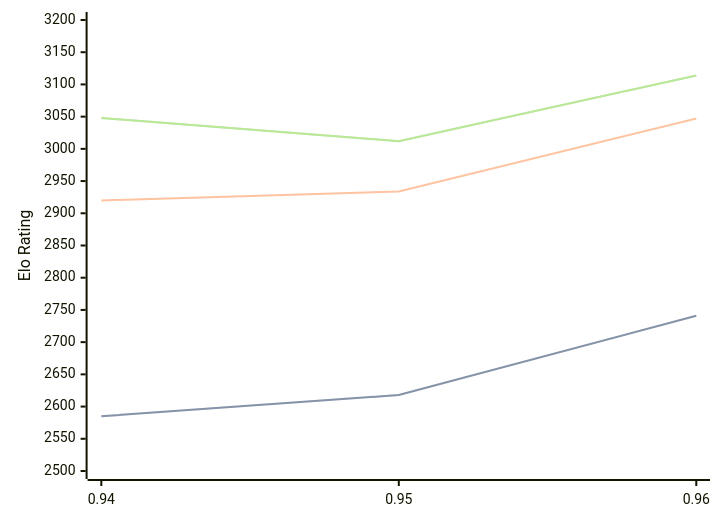
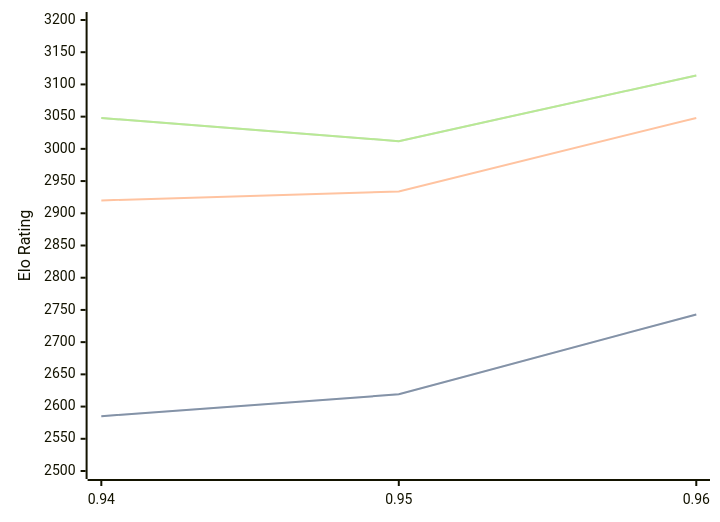
Before and after one commit to computer-chess-index/cci: the diagram in engines/Myrddin.md, drawn with Mermaid. The commit also changed other lines of this file, not shown here.

````diff
--- a/engines/Myrddin.md
+++ b/engines/Myrddin.md
@@ -38,11 +38,11 @@
 ```mermaid
 %%{init: {"theme":"base","themeVariables":{"seriesColors:['#a3a3a3','#222221','#faa371']}}}%%
 xychart-beta
   x-axis ["0.94", "0.95", "0.96"]
   y-axis "Elo Rating" 2500 --> 3200
-  line "STC (8.0+0.08s)" [2585, 2618, 2741]
-  line "STC (8.0+0.08s)" [2585, 2618, 2741]
-  line "LTC (60.0+0.60s)" [2920, 2934, 3047]
+  line "STC (8.0+0.08s)" [2585, 2619, 2743]
+  line "STC (8.0+0.08s)" [2585, 2619, 2743]
+  line "LTC (60.0+0.60s)" [2920, 2934, 3048]
   line "VLTC (2m24s+1.12s)" [3048, 3012, 3114]
   line "VLTC (2m24s+1.12s)" [3048, 3012, 3114]
 ```
````
